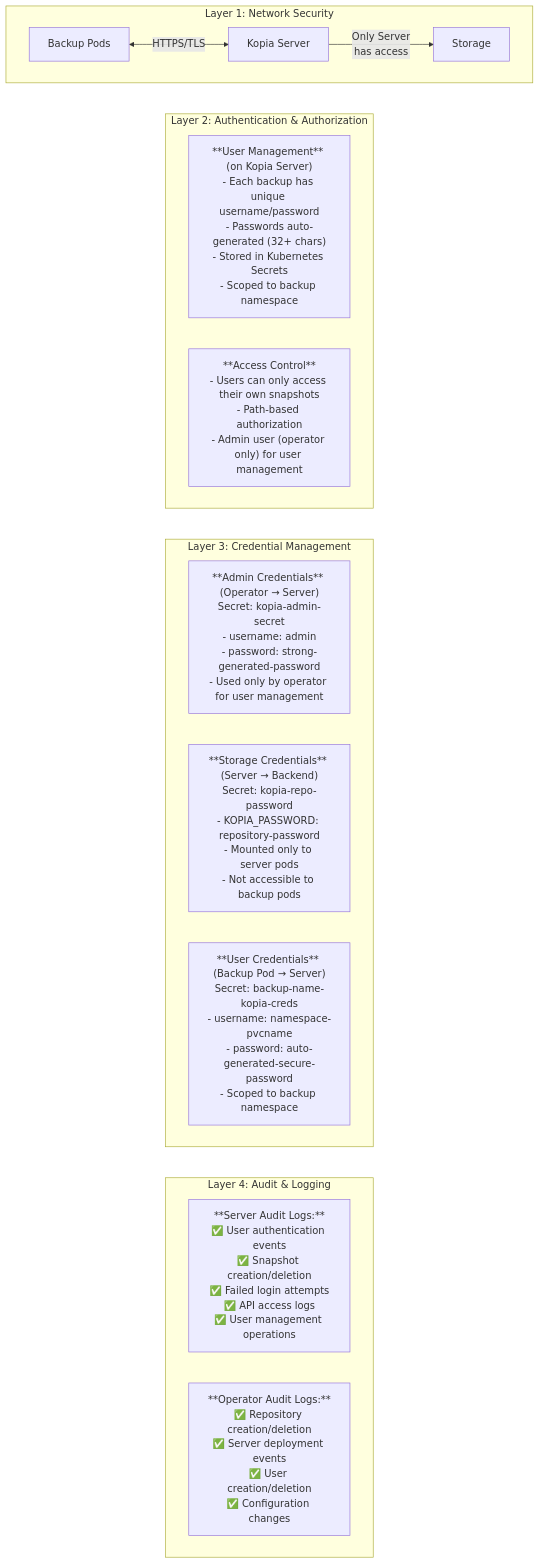
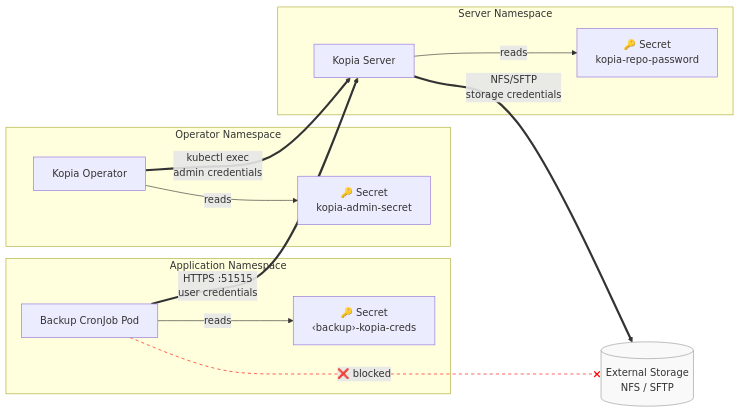
Before and after one commit to fastlorenzo/kopia-operator: the sixth of 9 diagrams in docs/ARCHITECTURE_DIAGRAMS.md, drawn with Mermaid. The commit also changed other lines of this file, not shown here.

Commit message:
docs: redesign security architecture as flow diagram + table
Replace the unreadable stacked-subgraph security diagram with:
- A network/credential flow diagram showing actual trust boundaries,
  which secrets each component reads, and the blocked path
  (backup pod → storage) highlighted in red
- A concise table explaining each security layer
- A credential scoping diagram showing the three separate domains
  (user, admin, storage) and their blast radius

````diff
--- a/docs/ARCHITECTURE_DIAGRAMS.md
+++ b/docs/ARCHITECTURE_DIAGRAMS.md
@@ -230,25 +234,33 @@
 ```mermaid
-graph TD
-    subgraph L1["Layer 1: Network Security"]
-        BackupPods["Backup Pods"] <-->|HTTPS/TLS| KopiaServer["Kopia Server"]
-        KopiaServer -->|"Only Server<br/>has access"| StorageBackend["Storage"]
+graph LR
+    subgraph appNS["Application Namespace"]
+        CronJob["Backup CronJob Pod"]
+        UserSecret["🔑 Secret<br/>‹backup›-kopia-creds"]
     end
 
-    subgraph L2["Layer 2: Authentication & Authorization"]
-        UserMgmt["**User Management** (on Kopia Server)<br/>- Each backup has unique username/password<br/>- Passwords auto-generated (32+ chars)<br/>- Stored in Kubernetes Secrets<br/>- Scoped to backup namespace"]
-        AccessCtrl["**Access Control**<br/>- Users can only access their own snapshots<br/>- Path-based authorization<br/>- Admin user (operator only) for user management"]
+    subgraph operatorNS["Operator Namespace"]
+        Operator["Kopia Operator"]
+        AdminSecret["🔑 Secret<br/>kopia-admin-secret"]
     end
 
-    subgraph L3["Layer 3: Credential Management"]
-        AdminCreds["**Admin Credentials** (Operator → Server)<br/>Secret: kopia-admin-secret<br/>- username: admin<br/>- password: strong-generated-password<br/>- Used only by operator for user management"]
-        StorageCreds["**Storage Credentials** (Server → Backend)<br/>Secret: kopia-repo-password<br/>- KOPIA_PASSWORD: repository-password<br/>- Mounted only to server pods<br/>- Not accessible to backup pods"]
-        UserCreds["**User Credentials** (Backup Pod → Server)<br/>Secret: backup-name-kopia-creds<br/>- username: namespace-pvcname<br/>- password: auto-generated-secure-password<br/>- Scoped to backup namespace"]
+    subgraph serverNS["Server Namespace"]
+        Server["Kopia Server"]
+        RepoSecret["🔑 Secret<br/>kopia-repo-password"]
     end
 
-    subgraph L4["Layer 4: Audit & Logging"]
-        ServerLogs["**Server Audit Logs:**<br/>✅ User authentication events<br/>✅ Snapshot creation/deletion<br/>✅ Failed login attempts<br/>✅ API access logs<br/>✅ User management operations"]
-        OperatorLogs["**Operator Audit Logs:**<br/>✅ Repository creation/deletion<br/>✅ Server deployment events<br/>✅ User creation/deletion<br/>✅ Configuration changes"]
-    end
+    Storage[("External Storage<br/>NFS / SFTP")]
 
-    L1 ~~~ L2 ~~~ L3 ~~~ L4
+    CronJob -->|"reads"| UserSecret
+    CronJob ==>|"HTTPS :51515<br/>user credentials"| Server
+
+    Operator -->|"reads"| AdminSecret
+    Operator ==>|"kubectl exec<br/>admin credentials"| Server
+
+    Server -->|"reads"| RepoSecret
+    Server ==>|"NFS/SFTP<br/>storage credentials"| Storage
+
+    CronJob -.-x|"❌ blocked"| Storage
+
+    style Storage fill:#f9f9f9,stroke:#999
+    linkStyle 6 stroke:red,stroke-dasharray:5
 ```
````
